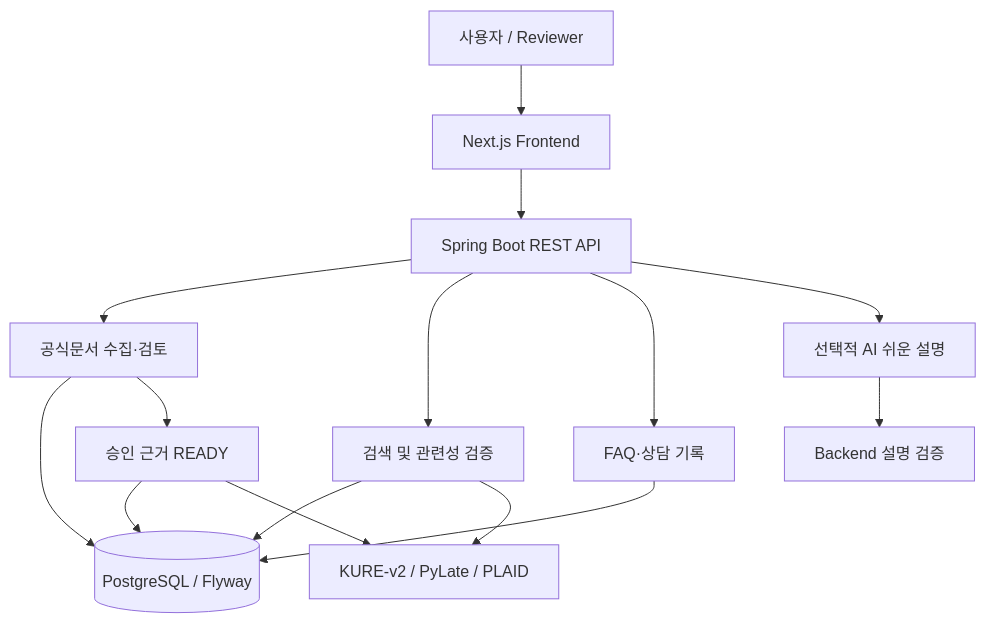
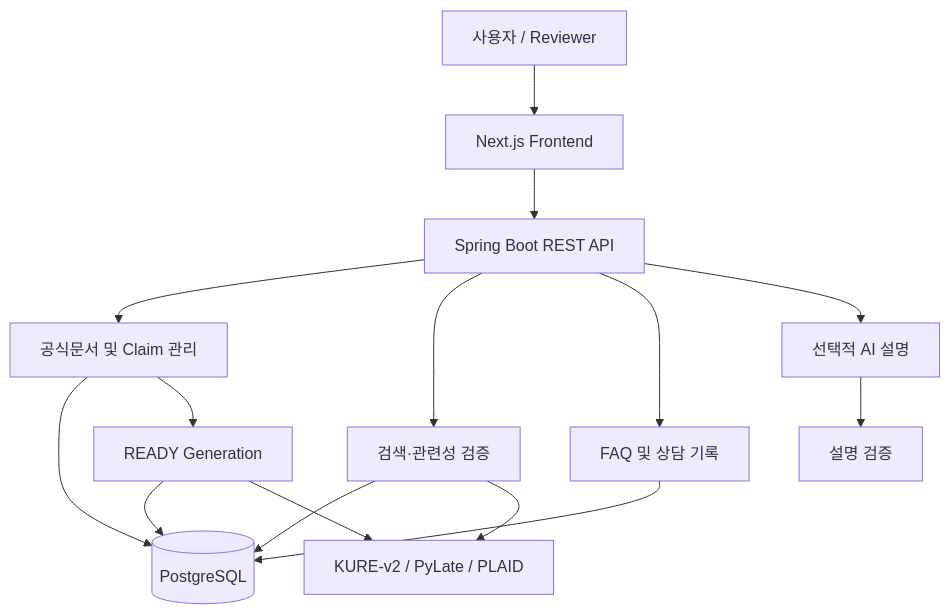
The first of 2 diagrams in README.md (Economy0326/financial-helper-backend), drawn with Mermaid before and after one commit. The commit also changed other lines of this file, not shown here.

````diff
--- a/README.md
+++ b/README.md
@@ -28,21 +51,21 @@
 ```mermaid
 flowchart TB
     U["사용자 / Reviewer"] --> F["Next.js Frontend"]
     F --> API["Spring Boot REST API"]
 
-    API --> DOC["공식문서 수집·검토"]
-    API --> SEARCH["검색 및 관련성 검증"]
-    API --> REPORT["FAQ·상담 기록"]
-    API --> AI["선택적 AI 쉬운 설명"]
+    API --> DOC["공식문서 및 Claim 관리"]
+    API --> SEARCH["검색·관련성 검증"]
+    API --> RECORD["FAQ 및 상담 기록"]
+    API --> AI["선택적 AI 설명"]
 
-    DOC --> DB[("PostgreSQL / Flyway")]
+    DOC --> DB[("PostgreSQL")]
+    RECORD --> DB
     SEARCH --> DB
     SEARCH --> KURE["KURE-v2 / PyLate / PLAID"]
-    REPORT --> DB
 
-    DOC --> READY["승인 근거 READY"]
+    DOC --> READY["READY Generation"]
     READY --> DB
     READY --> KURE
 
-    AI --> VALIDATION["Backend 설명 검증"]
+    AI --> CHECK["설명 검증"]
 ```
````
